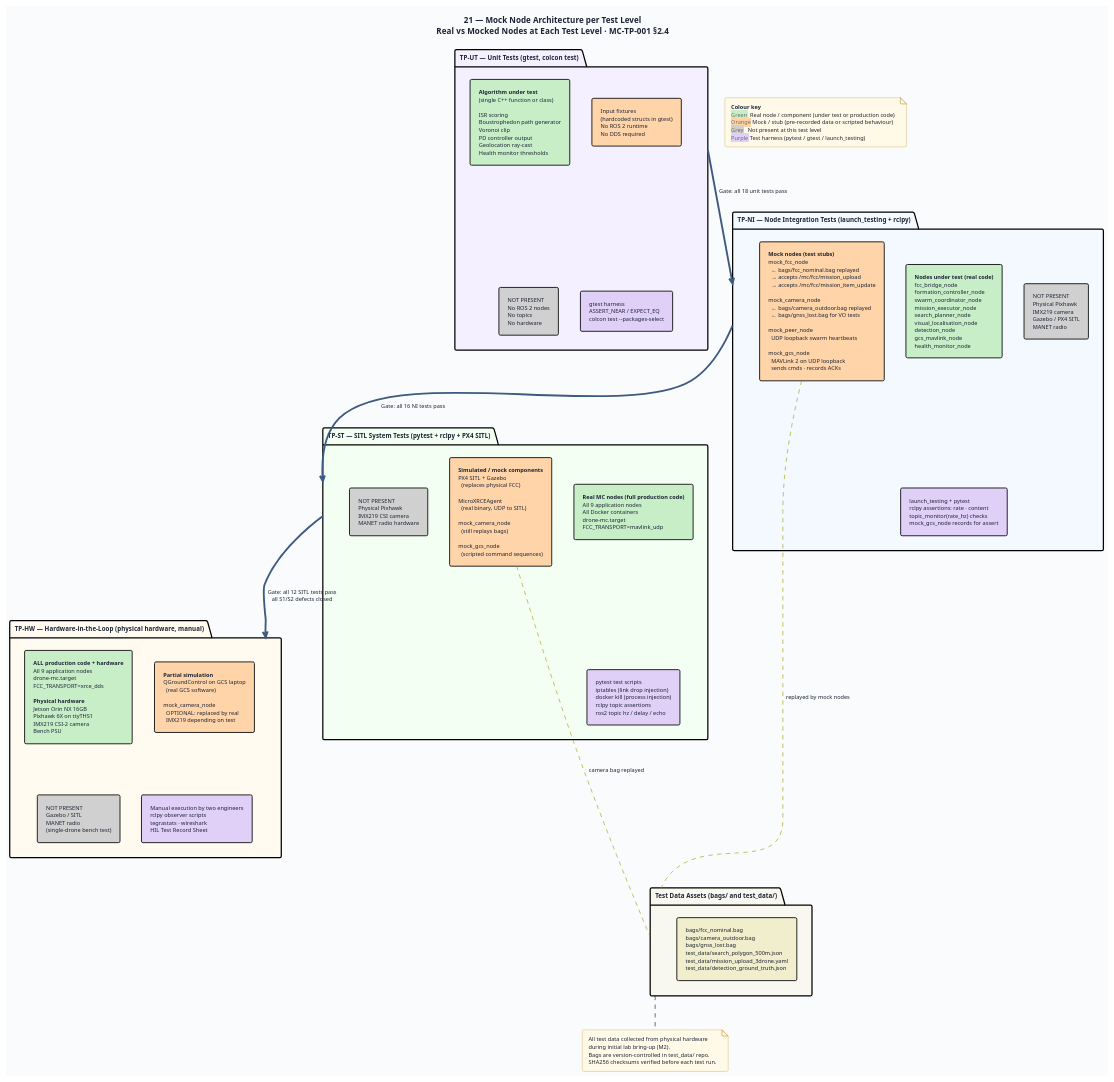
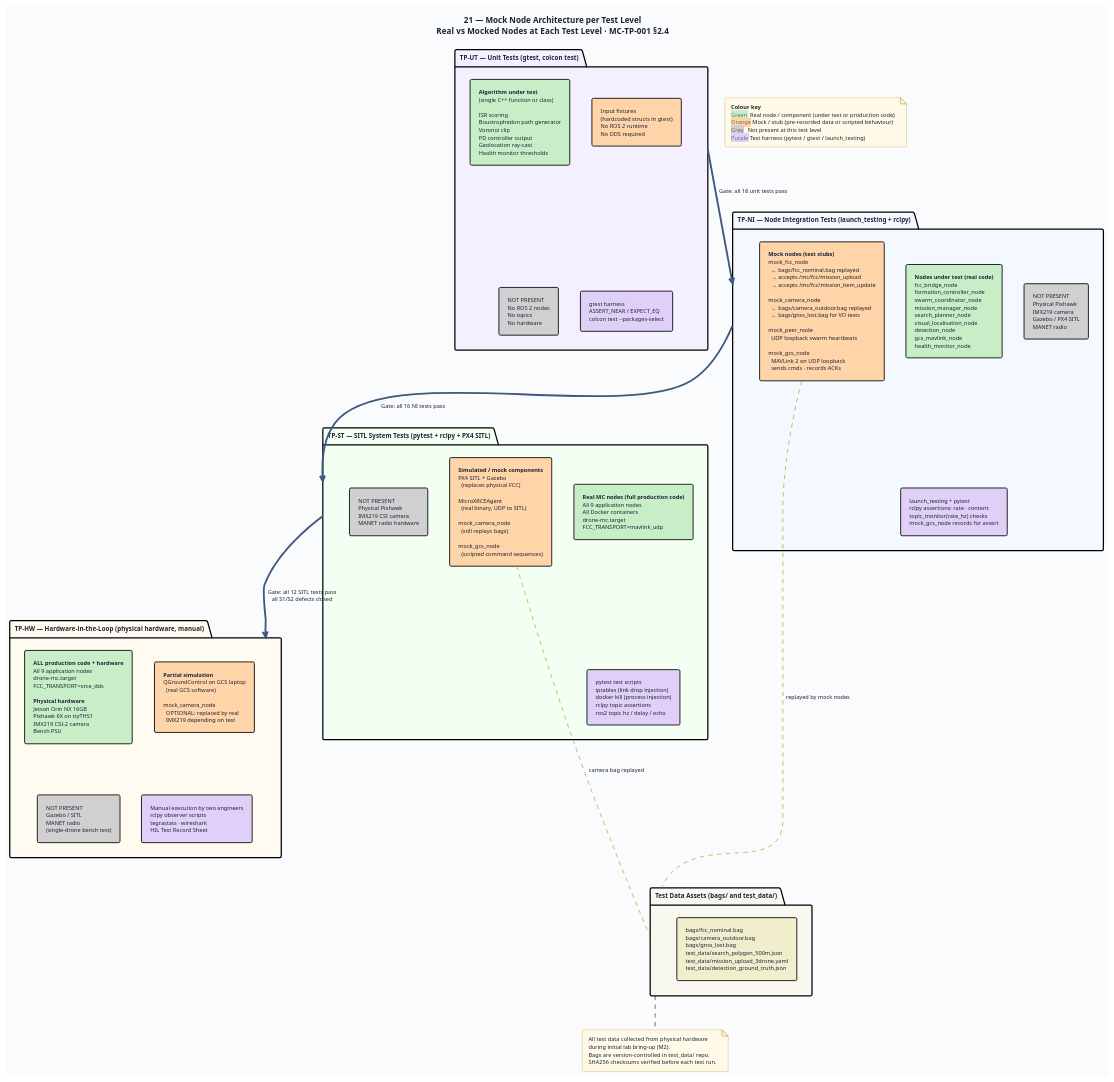
Before and after one commit to shawnsoh-stengg/shawnsoh-stengg-drone-swarm-mc-tempFork: the diagram in diagrams/21-tp-mock-architecture.puml, drawn with PlantUML. The commit also changed 48 other files, not shown here.

First line of the commit message:
Rename mission_executor_node to mission_manager_node

```diff
--- a/diagrams/21-tp-mock-architecture.puml
+++ b/diagrams/21-tp-mock-architecture.puml
@@ -1,138 +1,138 @@
 @startuml 21-tp-mock-architecture
 ' ─────────────────────────────────────────────────────────────
 ' Diagram 21: Mock Node Architecture per Test Level
 ' Shows what is real vs mocked at TP-UT / TP-NI / TP-ST / TP-HW
 ' MC-TP-001 §2.4 / §3
 ' ─────────────────────────────────────────────────────────────
 
 title "21 — Mock Node Architecture per Test Level\nReal vs Mocked Nodes at Each Test Level  ·  MC-TP-001 §2.4"
 
 skinparam BackgroundColor #FAFBFC
 skinparam DefaultFontColor #1C2334
 skinparam DefaultFontSize 9
 skinparam TitleFontSize 13
 skinparam TitleFontStyle bold
 skinparam shadowing false
 skinparam RoundCorner 5
 skinparam Padding 4
 
 skinparam package {
   BorderThickness 2
   FontSize 10
   FontStyle bold
 }
 
 skinparam rectangle {
   BorderThickness 1.5
   FontSize 9
 }
 
 skinparam note {
   BackgroundColor #FFFAE8
   BorderColor #C09030
   FontSize 9
 }
 
 skinparam legend {
   FontSize 9
 }
 
 ' ═══════════════════════════════════════════════════
 ' KEY
 ' ═══════════════════════════════════════════════════
 
 note as KEY
   <b>Colour key</b>
   <back:#C8EEC8>Green</back>  Real node / component (under test or production code)
   <back:#FFD4A8>Orange</back> Mock / stub (pre-recorded data or scripted behaviour)
   <back:#D0D0D0>Grey</back>   Not present at this test level
   <back:#E0D0F8>Purple</back> Test harness (pytest / gtest / launch_testing)
 end note
 
 ' ═══════════════════════════════════════════════════
 ' LEVEL 1 — TP-UT (Unit Tests)
 ' ═══════════════════════════════════════════════════
 
 package "TP-UT — Unit Tests  (gtest, colcon test)" as UT_PKG #F4F0FF {
 
   rectangle "<b>Algorithm under test</b>\n(single C++ function or class)\n\nISR scoring\nBoustrophedon path generator\nVoronoi clip\nPD controller output\nGeolocation ray-cast\nHealth monitor thresholds" as UT_REAL #C8EEC8
 
   rectangle "Input fixtures\n(hardcoded structs in gtest)\nNo ROS 2 runtime\nNo DDS required" as UT_FIXTURE #FFD4A8
 
   rectangle "NOT PRESENT\nNo ROS 2 nodes\nNo topics\nNo hardware" as UT_ABSENT #D0D0D0
 
   rectangle "gtest harness\nASSERT_NEAR / EXPECT_EQ\ncolcon test --packages-select" as UT_HARNESS #E0D0F8
 }
 
 ' ═══════════════════════════════════════════════════
 ' LEVEL 2 — TP-NI (Node Integration)
 ' ═══════════════════════════════════════════════════
 
 package "TP-NI — Node Integration Tests  (launch_testing + rclpy)" as NI_PKG #F4F8FF {
 
-  rectangle "<b>Nodes under test (real code)</b>\nfcc_bridge_node\nformation_controller_node\nswarm_coordinator_node\nmission_executor_node\nsearch_planner_node\nvisual_localisation_node\ndetection_node\ngcs_mavlink_node\nhealth_monitor_node" as NI_REAL #C8EEC8
+  rectangle "<b>Nodes under test (real code)</b>\nfcc_bridge_node\nformation_controller_node\nswarm_coordinator_node\nmission_manager_node\nsearch_planner_node\nvisual_localisation_node\ndetection_node\ngcs_mavlink_node\nhealth_monitor_node" as NI_REAL #C8EEC8
 
   rectangle "<b>Mock nodes (test stubs)</b>\nmock_fcc_node\n  ← bags/fcc_nominal.bag replayed\n  → accepts /mc/fcc/mission_upload\n  → accepts /mc/fcc/mission_item_update\n\nmock_camera_node\n  ← bags/camera_outdoor.bag replayed\n  ← bags/gnss_lost.bag for VO tests\n\nmock_peer_node\n  UDP loopback swarm heartbeats\n\nmock_gcs_node\n  MAVLink 2 on UDP loopback\n  sends cmds · records ACKs" as NI_MOCK #FFD4A8
 
   rectangle "NOT PRESENT\nPhysical Pixhawk\nIMX219 camera\nGazebo / PX4 SITL\nMANET radio" as NI_ABSENT #D0D0D0
 
   rectangle "launch_testing + pytest\nrclpy assertions: rate · content\ntopic_monitor(rate_hz) checks\nmock_gcs_node records for assert" as NI_HARNESS #E0D0F8
 }
 
 ' ═══════════════════════════════════════════════════
 ' LEVEL 3 — TP-ST (SITL)
 ' ═══════════════════════════════════════════════════
 
 package "TP-ST — SITL System Tests  (pytest + rclpy + PX4 SITL)" as ST_PKG #F4FFF4 {
 
   rectangle "<b>Real MC nodes (full production code)</b>\nAll 9 application nodes\nAll Docker containers\ndrone-mc.target\nFCC_TRANSPORT=mavlink_udp" as ST_REAL #C8EEC8
 
   rectangle "<b>Simulated / mock components</b>\nPX4 SITL + Gazebo\n  (replaces physical FCC)\n\nMicroXRCEAgent\n  (real binary, UDP to SITL)\n\nmock_camera_node\n  (still replays bags)\n\nmock_gcs_node\n  (scripted command sequences)" as ST_MOCK #FFD4A8
 
   rectangle "NOT PRESENT\nPhysical Pixhawk\nIMX219 CSI camera\nMANET radio hardware" as ST_ABSENT #D0D0D0
 
   rectangle "pytest test scripts\niptables (link drop injection)\ndocker kill (process injection)\nrclpy topic assertions\nros2 topic hz / delay / echo" as ST_HARNESS #E0D0F8
 }
 
 ' ═══════════════════════════════════════════════════
 ' LEVEL 4 — TP-HW (HIL)
 ' ═══════════════════════════════════════════════════
 
 package "TP-HW — Hardware-in-the-Loop  (physical hardware, manual)" as HW_PKG #FFFBF0 {
 
   rectangle "<b>ALL production code + hardware</b>\nAll 9 application nodes\ndrone-mc.target\nFCC_TRANSPORT=xrce_dds\n\n<b>Physical hardware</b>\nJetson Orin NX 16GB\nPixhawk 6X on ttyTHS1\nIMX219 CSI-2 camera\nBench PSU" as HW_REAL #C8EEC8
 
   rectangle "<b>Partial simulation</b>\nQGroundControl on GCS laptop\n  (real GCS software)\n\nmock_camera_node\n  OPTIONAL: replaced by real\n  IMX219 depending on test" as HW_MOCK #FFD4A8
 
   rectangle "NOT PRESENT\nGazebo / SITL\nMANET radio\n(single-drone bench test)" as HW_ABSENT #D0D0D0
 
   rectangle "Manual execution by two engineers\nrclpy observer scripts\ntegrastats · wireshark\nHIL Test Record Sheet" as HW_HARNESS #E0D0F8
 }
 
 ' ═══════════════════════════════════════════════════
 ' PROGRESSION ARROW
 ' ═══════════════════════════════════════════════════
 
 UT_PKG -[#3D5A80,thickness=3]down-> NI_PKG : Gate: all 18 unit tests pass
 NI_PKG -[#3D5A80,thickness=3]down-> ST_PKG : Gate: all 16 NI tests pass
 ST_PKG -[#3D5A80,thickness=3]down-> HW_PKG : Gate: all 12 SITL tests pass\nall S1/S2 defects closed
 
 ' ═══════════════════════════════════════════════════
 ' DATA ASSETS
 ' ═══════════════════════════════════════════════════
 
 package "Test Data Assets  (bags/ and test_data/)" as DATA #F8F8F0 {
   rectangle "bags/fcc_nominal.bag\nbags/camera_outdoor.bag\nbags/gnss_lost.bag\ntest_data/search_polygon_500m.json\ntest_data/mission_upload_3drone.yaml\ntest_data/detection_ground_truth.json" as BAGS #F0EECC
 }
 
 NI_MOCK ..[#A0A000].. DATA : replayed by mock nodes
 ST_MOCK ..[#A0A000].. DATA : camera bag replayed
 
 note bottom of DATA
   All test data collected from physical hardware
   during initial lab bring-up (M2).
   Bags are version-controlled in test_data/ repo.
   SHA256 checksums verified before each test run.
 end note
 
 @enduml
```
